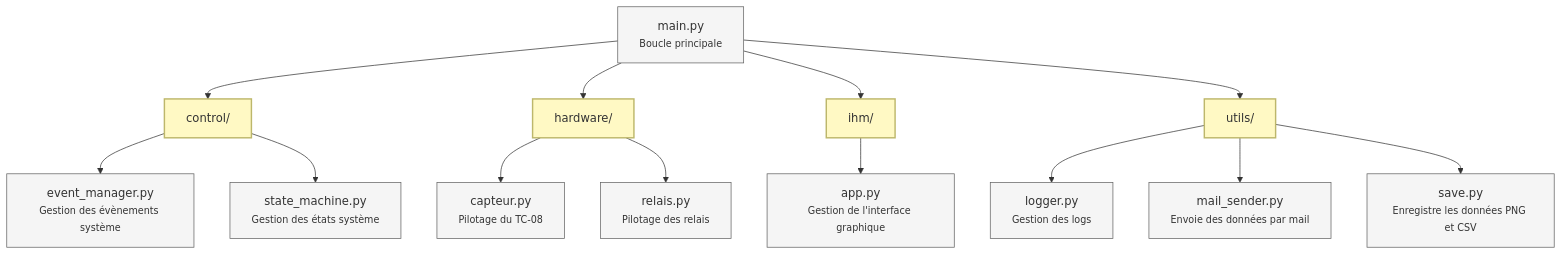
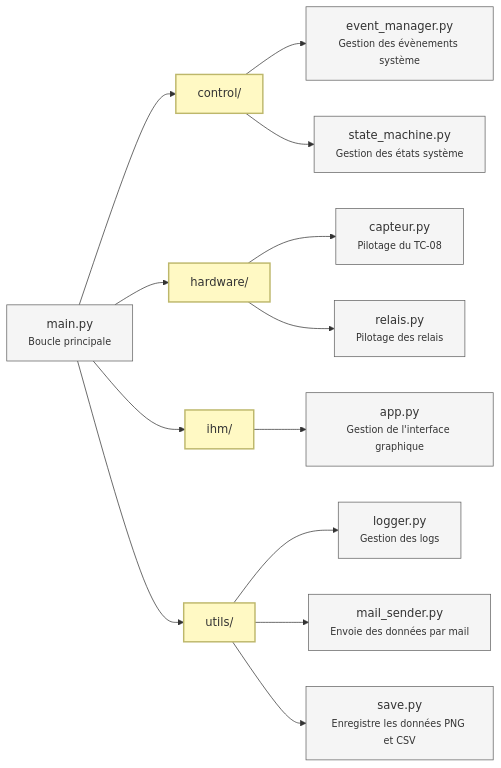
Before and after one commit to Mathieu-GRSSN/etuve-HALCYON: the first of 2 diagrams in README.md, drawn with Mermaid. The commit also changed other lines of this file, not shown here.

````diff
--- a/README.md
+++ b/README.md
@@ -83,29 +83,29 @@
 ```mermaid
-flowchart TD
+flowchart LR
 
     classDef folder fill:#FFF9C4,stroke:#BDB76B,stroke-width:2px;
     classDef file fill:#F5F5F5,stroke:#616161,stroke-width:1px;
 
     MAIN[main.py<br/><small>Boucle principale</small>]
 
     MAIN --> CONTROL[control/]
     MAIN --> HARDWARE[hardware/]
     MAIN --> IHM[ihm/]
     MAIN --> UTILS[utils/]
 
     CONTROL --> EVENT[event_manager.py<br/><small>Gestion des évènements système</small>]
     CONTROL --> STATE[state_machine.py<br/><small>Gestion des états système</small>]
 
     HARDWARE --> CAPTEUR[capteur.py<br/><small>Pilotage du TC-08</small>]
     HARDWARE --> RELAIS[relais.py<br/><small>Pilotage des relais</small>]
 
     IHM --> APP[app.py<br/><small>Gestion de l'interface graphique</small>]
 
     UTILS --> LOGGER[logger.py<br/><small>Gestion des logs</small>]
     UTILS --> SEND[mail_sender.py<br/><small>Envoie des données par mail</small>]
     UTILS --> SAVE[save.py<br/><small>Enregistre les données PNG et CSV</small>]
 
     class CONTROL,HARDWARE,IHM,UTILS folder;
     class MAIN,EVENT,STATE,CAPTEUR,RELAIS,APP,LOGGER,SEND,SAVE file;
 
 ```
````
